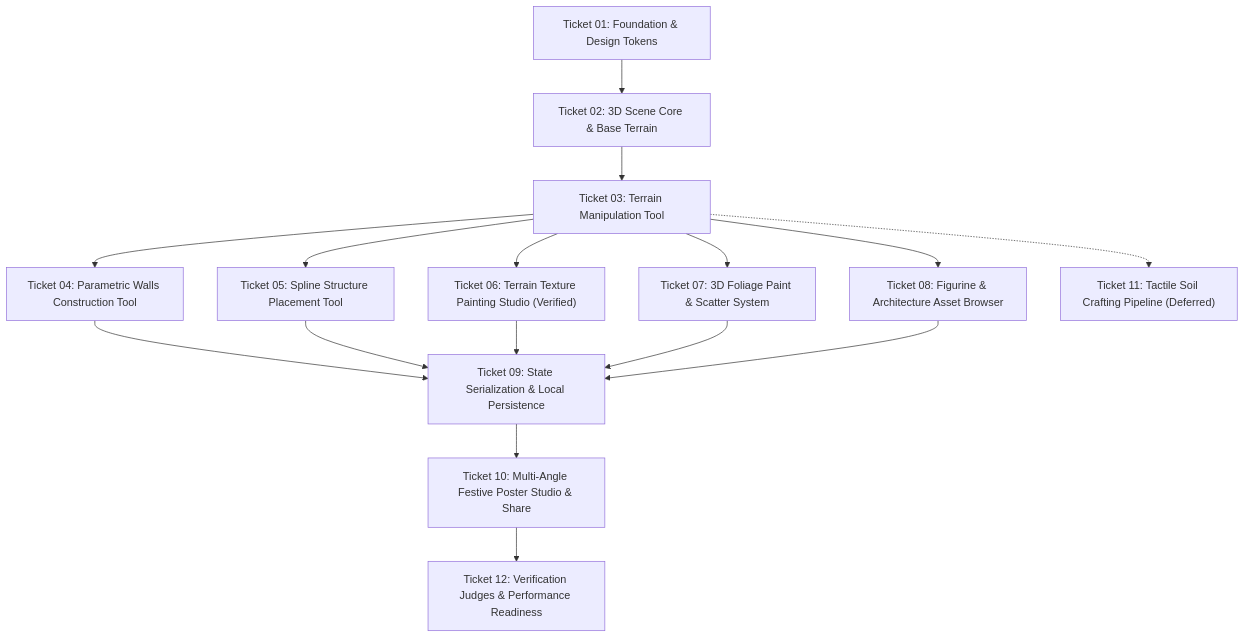
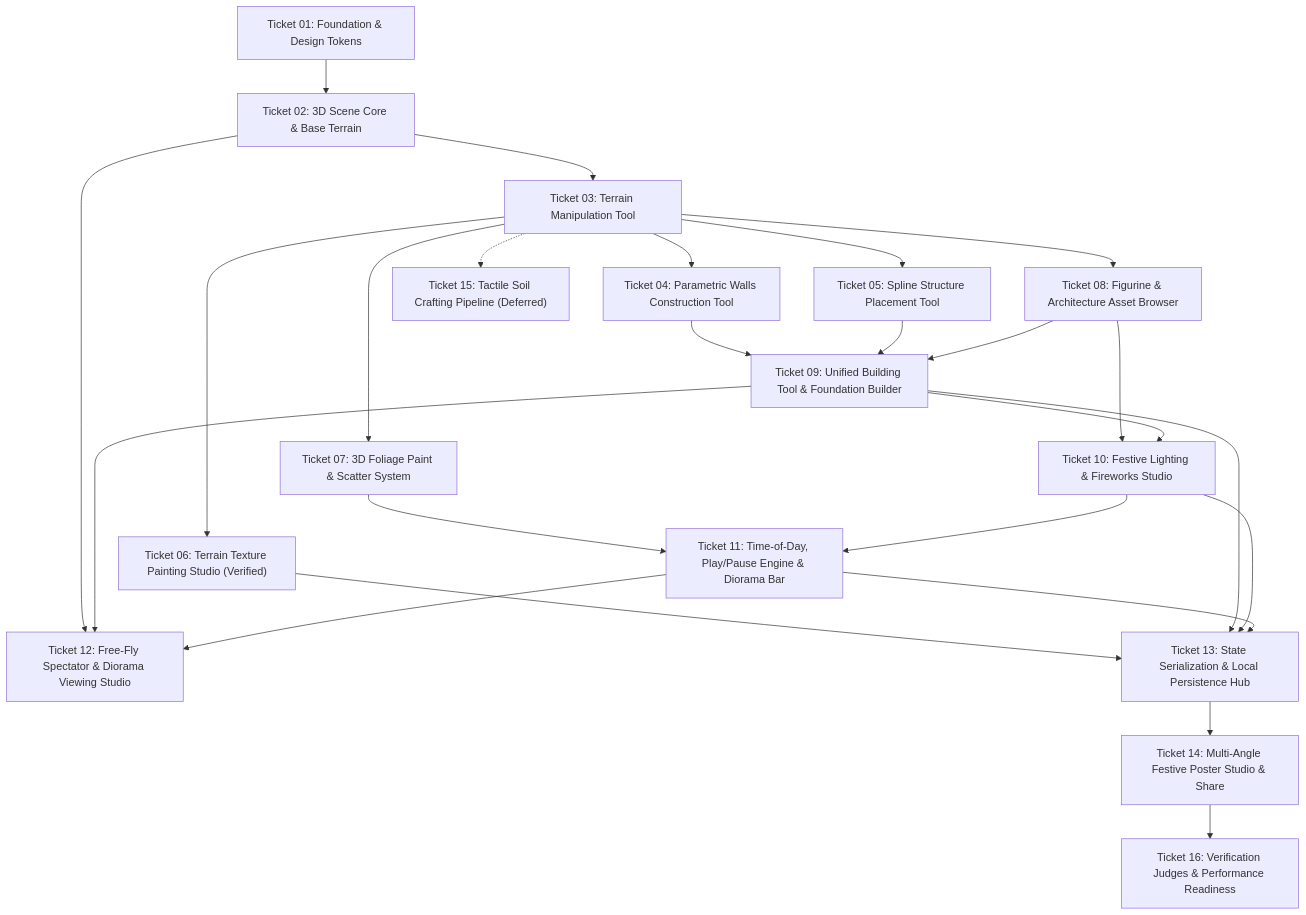
Before and after one commit to adityapawar112/KillaPlayground: the diagram in roadmap.md, drawn with Mermaid. The commit also changed other lines of this file and 4 other files, not shown here.

````diff
--- a/roadmap.md
+++ b/roadmap.md
@@ -11,22 +11,32 @@
 ```mermaid
 graph TD
   T01["Ticket 01: Foundation & Design Tokens"] --> T02["Ticket 02: 3D Scene Core & Base Terrain"]
   T02 --> T03["Ticket 03: Terrain Manipulation Tool"]
   
   T03 --> T04["Ticket 04: Parametric Walls Construction Tool"]
   T03 --> T05["Ticket 05: Spline Structure Placement Tool"]
   T03 --> T06["Ticket 06: Terrain Texture Painting Studio (Verified)"]
   T03 --> T07["Ticket 07: 3D Foliage Paint & Scatter System"]
   T03 --> T08["Ticket 08: Figurine & Architecture Asset Browser"]
   
-  T04 --> T09["Ticket 09: State Serialization & Local Persistence"]
+  T04 --> T09["Ticket 09: Unified Building Tool & Foundation Builder"]
   T05 --> T09
-  T06 --> T09
-  T07 --> T09
   T08 --> T09
+  T08 --> T10["Ticket 10: Festive Lighting & Fireworks Studio"]
+  T09 --> T10
+  T07 --> T11["Ticket 11: Time-of-Day, Play/Pause Engine & Diorama Bar"]
+  T10 --> T11
+  T02 --> T12["Ticket 12: Free-Fly Spectator & Diorama Viewing Studio"]
+  T09 --> T12
+  T11 --> T12
   
-  T09 --> T10["Ticket 10: Multi-Angle Festive Poster Studio & Share"]
+  T06 --> T13["Ticket 13: State Serialization & Local Persistence Hub"]
+  T09 --> T13
+  T10 --> T13
+  T11 --> T13
   
-  T03 -.-> T11["Ticket 11: Tactile Soil Crafting Pipeline (Deferred)"]
-  T10 --> T12["Ticket 12: Verification Judges & Performance Readiness"]
+  T13 --> T14["Ticket 14: Multi-Angle Festive Poster Studio & Share"]
+  
+  T03 -.-> T15["Ticket 15: Tactile Soil Crafting Pipeline (Deferred)"]
+  T14 --> T16["Ticket 16: Verification Judges & Performance Readiness"]
 ```
````
